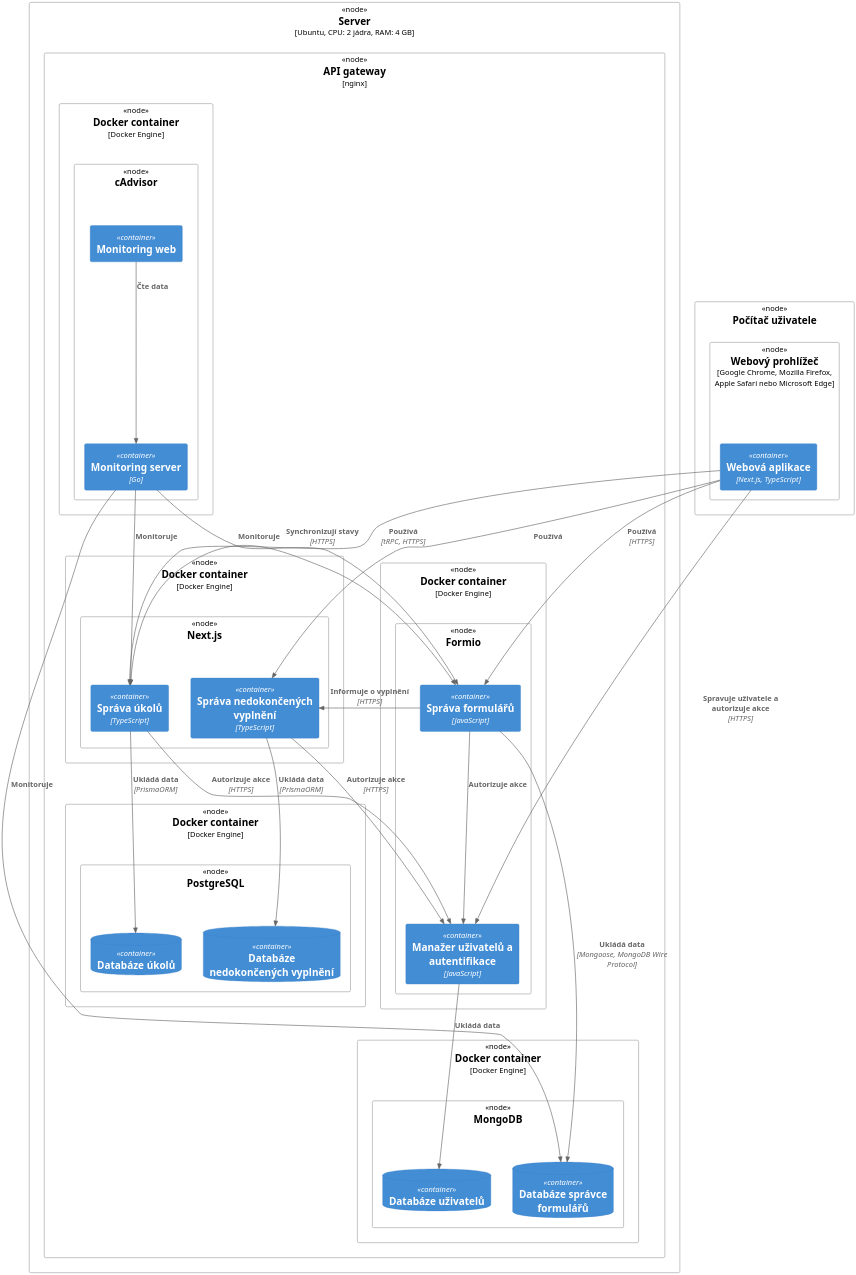
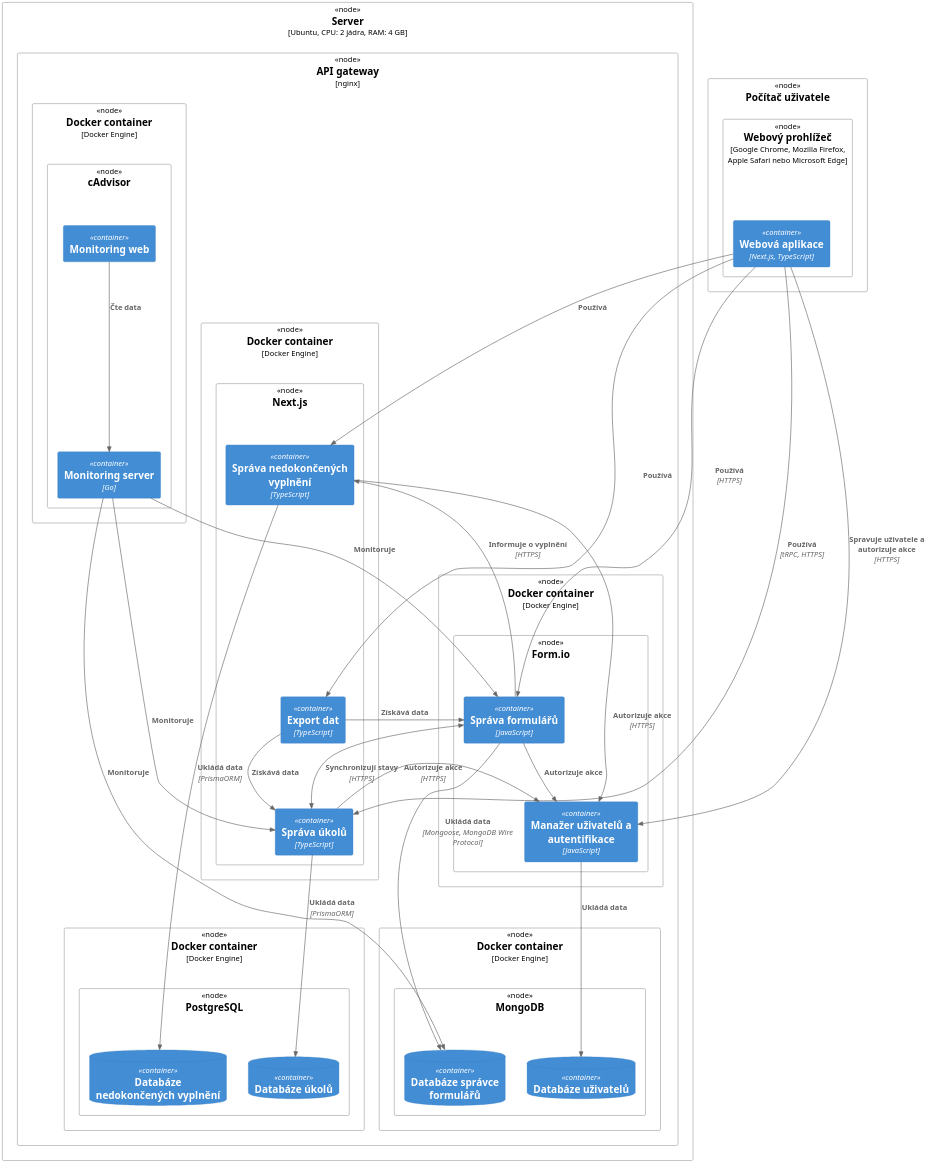
The diagram in src/diagrams/deployment.puml (PatrikTrefil/bakalarska-prace), drawn with PlantUML before and after one commit. The commit also changed 2 other files, not shown here.

Commit message:
update diagrams (export container + fixes)

```diff
--- a/src/diagrams/deployment.puml
+++ b/src/diagrams/deployment.puml
@@ -1,68 +1,73 @@
 @startuml
 skinparam dpi 300
 
 !include ./lib/C4_Deployment.puml
 !include ./lib/C4_Container.puml
 
 Deployment_Node(comp, "Počítač uživatele"){
     Deployment_Node(browser, "Webový prohlížeč", "Google Chrome, Mozilla Firefox, Apple Safari nebo Microsoft Edge") {
         Container(webApp, "Webová aplikace", "Next.js, TypeScript")
     }
 }
 
 Deployment_Node(server, "Server", "Ubuntu, CPU: 2 jádra, RAM: 4 GB") {
     Deployment_Node(apiGateway, "API gateway", "nginx") {
         Deployment_Node(monitoring_docker, "Docker container", "Docker Engine") {
             Deployment_Node(monitoring_cadvisor, "cAdvisor") {
                 Container(monitoringServer, "Monitoring server", "Go")
                 Container(monitoringWeb, "Monitoring web")
             }
        }
 
         Deployment_Node(mongo_docker, "Docker container", "Docker Engine") {
             Deployment_Node(mongo, "MongoDB") {
                 ContainerDb(formulareDb, "Databáze správce formulářů")
                 ContainerDb(uzivateleDb, "Databáze uživatelů")
             }
         }
         Deployment_Node(nextjs_docker, "Docker container", "Docker Engine") {
             Deployment_Node(nextjs, "Next.js") {
+                Container(export, "Export dat", "TypeScript")
                 Container(spravaUkolu, "Správa úkolů", "TypeScript")
                 Container(spravaNedokoncenychVyplneni, "Správa nedokončených vyplnění", "TypeScript")
             }
         }
         Deployment_Node(postgres_docker, "Docker container", "Docker Engine") {
             Deployment_Node(postgres_node, "PostgreSQL") {
                 ContainerDb(ukolyDb, "Databáze úkolů")
                 ContainerDb(spravaNedokoncenychVyplneniDb, "Databáze nedokončených vyplnění")
             }
         }
         Deployment_Node(formio_docker, "Docker container", "Docker Engine") {
-            Deployment_Node(formio, "Formio") {
+            Deployment_Node(formio, "Form.io") {
                 Container(manazerUzivatelu, "Manažer uživatelů a autentifikace", "JavaScript")
                 Container(spravaFormularu, "Správa formulářů", "JavaScript")
             }
         }
     }
 }
+Lay_D(spravaNedokoncenychVyplneni, export)
 
+Rel(webApp, export, "Používá")
+Rel(export, spravaFormularu, "Získává data")
+Rel(export, spravaUkolu, "Získává data")
 Rel(spravaUkolu, ukolyDb, "Ukládá data", "PrismaORM")
 Rel(webApp, spravaFormularu, "Používá", "HTTPS")
 Rel(webApp, spravaUkolu, "Používá", "tRPC, HTTPS")
 Rel(webApp, manazerUzivatelu, "Spravuje uživatele a autorizuje akce", "HTTPS")
 Rel(spravaFormularu, formulareDb, "Ukládá data", "Mongoose, MongoDB Wire Protocol")
 Rel(spravaFormularu, manazerUzivatelu, "Autorizuje akce")
 Rel(spravaUkolu, manazerUzivatelu, "Autorizuje akce", "HTTPS")
 BiRel(spravaFormularu, spravaUkolu, "Synchronizují stavy", "HTTPS")
 Rel(webApp, spravaNedokoncenychVyplneni, "Používá")
 Rel(spravaFormularu, spravaNedokoncenychVyplneni, "Informuje o vyplnění", "HTTPS")
 Rel(spravaNedokoncenychVyplneni, manazerUzivatelu, "Autorizuje akce", "HTTPS")
 Rel(spravaNedokoncenychVyplneni, spravaNedokoncenychVyplneniDb, "Ukládá data", "PrismaORM")
 Rel(manazerUzivatelu, uzivateleDb, "Ukládá data")
 
 Rel(monitoringWeb, monitoringServer, "Čte data")
 
 Rel(monitoringServer, spravaFormularu, "Monitoruje")
 Rel(monitoringServer, formulareDb, "Monitoruje")
 Rel(monitoringServer, spravaUkolu, "Monitoruje")
 @enduml
```
